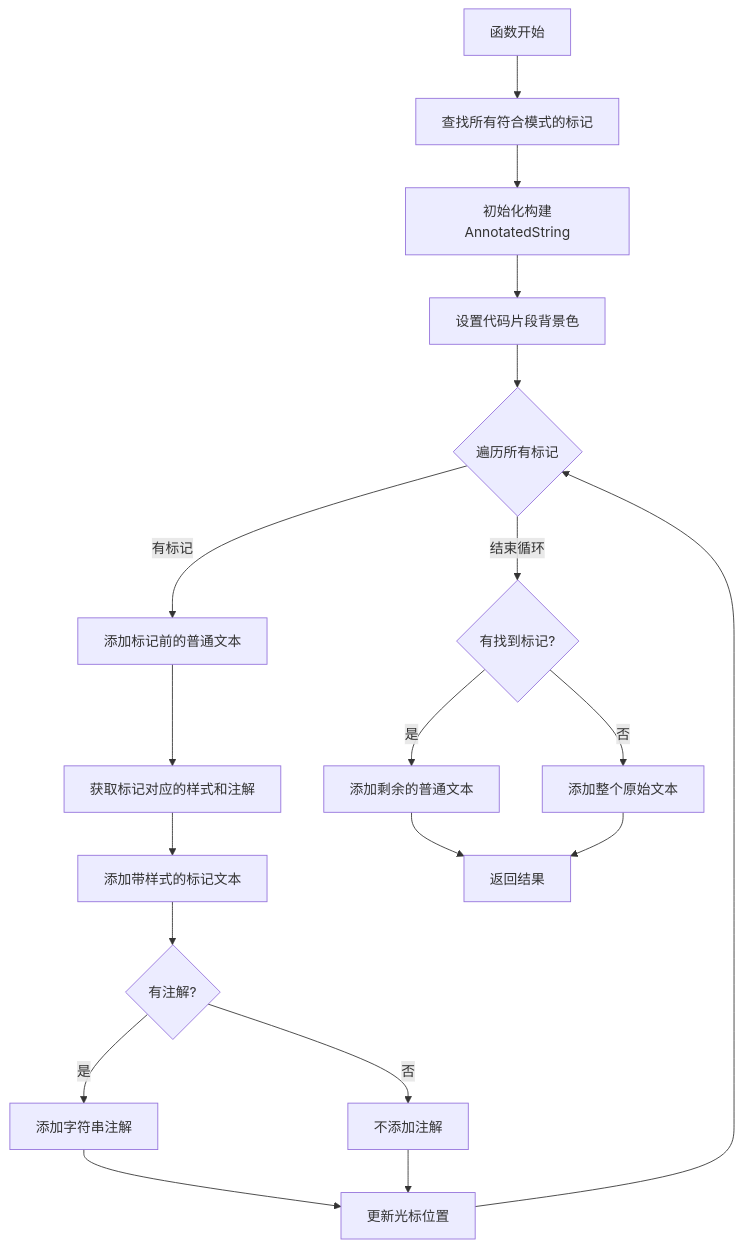
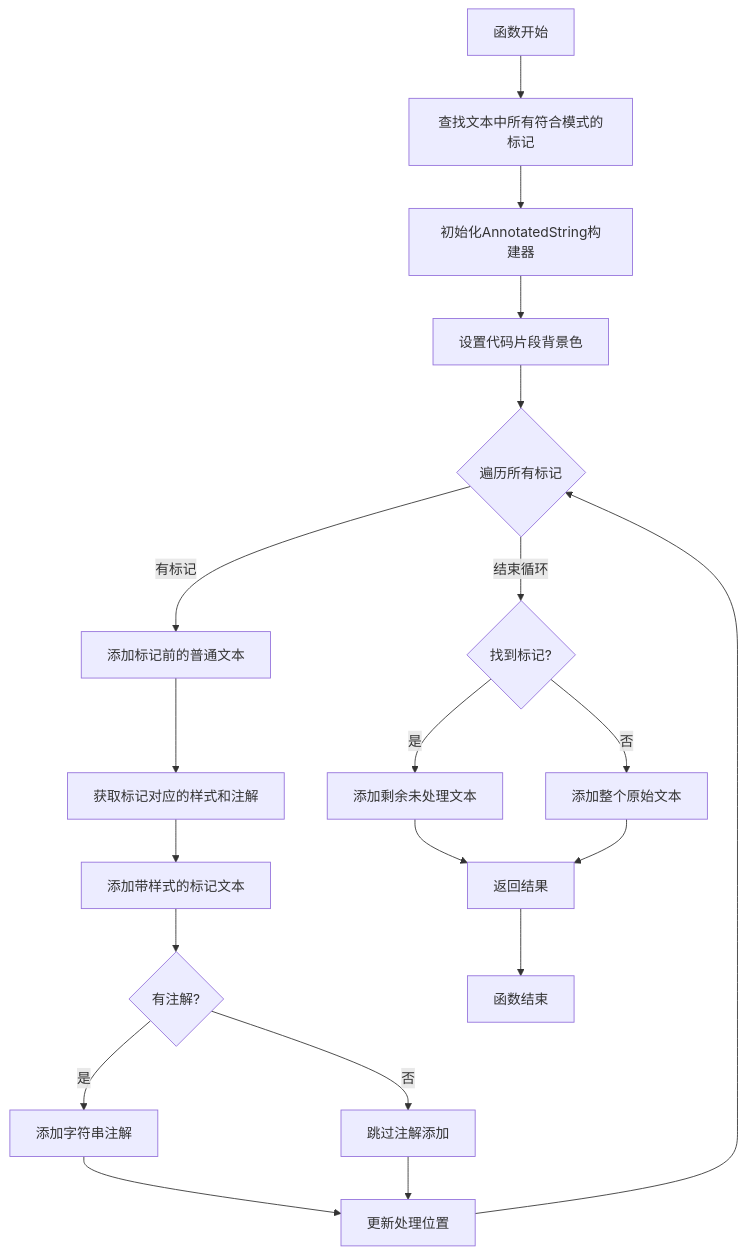
One commit to hyh19/compose-samples changed the first of 3 diagrams in Jetchat/app/src/main/java/com/example/compose/jetchat/conversation/MessageFormatter.kt.md. Above: the diagram before and after it, drawn with Mermaid. The commit also changed other lines of this file, not shown here.

````diff
--- a/Jetchat/app/src/main/java/com/example/compose/jetchat/conversation/MessageFormatter.kt.md
+++ b/Jetchat/app/src/main/java/com/example/compose/jetchat/conversation/MessageFormatter.kt.md
@@ -94,21 +132,22 @@
 ```mermaid
 flowchart TD
-    A[函数开始] --> B[查找所有符合模式的标记]
-    B --> C[初始化构建AnnotatedString]
+    A[函数开始] --> B[查找文本中所有符合模式的标记]
+    B --> C[初始化AnnotatedString构建器]
     C --> D[设置代码片段背景色]
     D --> E{遍历所有标记}
     E -->|有标记| F[添加标记前的普通文本]
     F --> G[获取标记对应的样式和注解]
     G --> H[添加带样式的标记文本]
     H --> I{有注解?}
     I -->|是| J[添加字符串注解]
-    I -->|否| K[不添加注解]
-    J --> L[更新光标位置]
+    I -->|否| K[跳过注解添加]
+    J --> L[更新处理位置]
     K --> L
     L --> E
-    E -->|结束循环| M{有找到标记?}
-    M -->|是| N[添加剩余的普通文本]
+    E -->|结束循环| M{找到标记?}
+    M -->|是| N[添加剩余未处理文本]
     M -->|否| O[添加整个原始文本]
     N --> P[返回结果]
     O --> P
+    P --> Q[函数结束]
 ```
````
